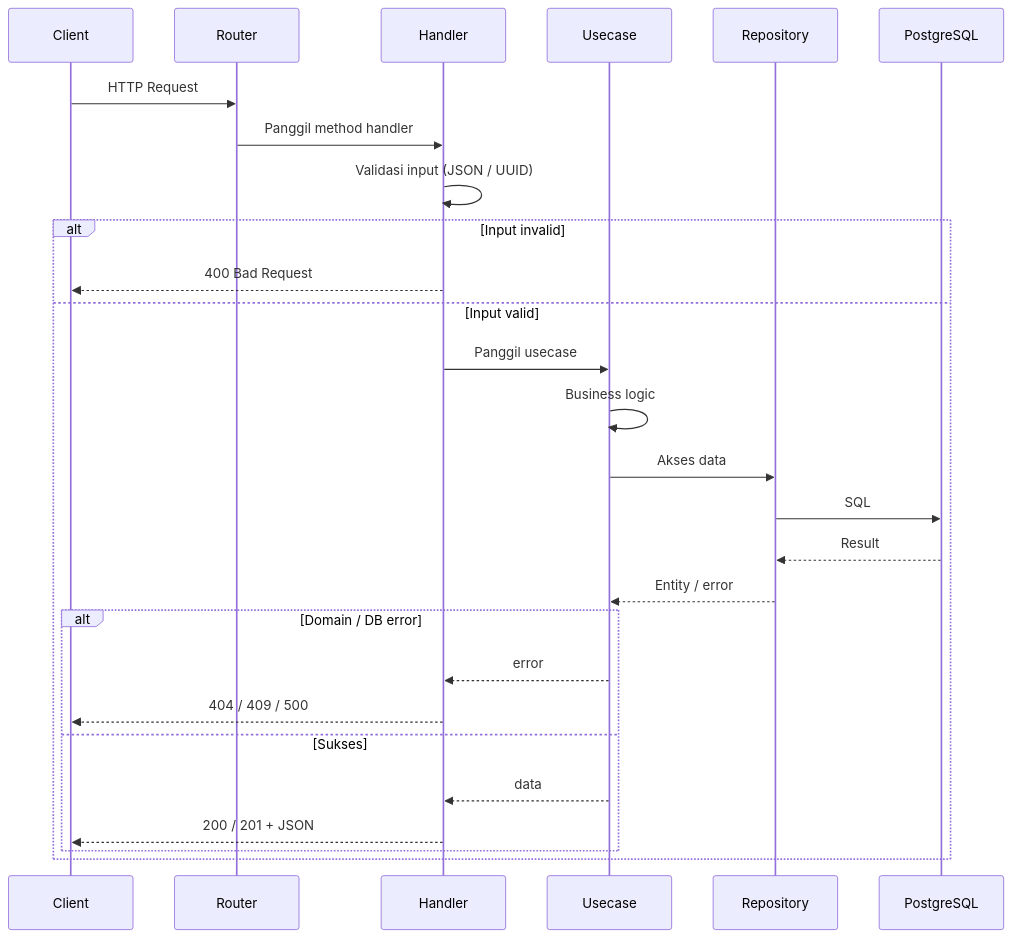
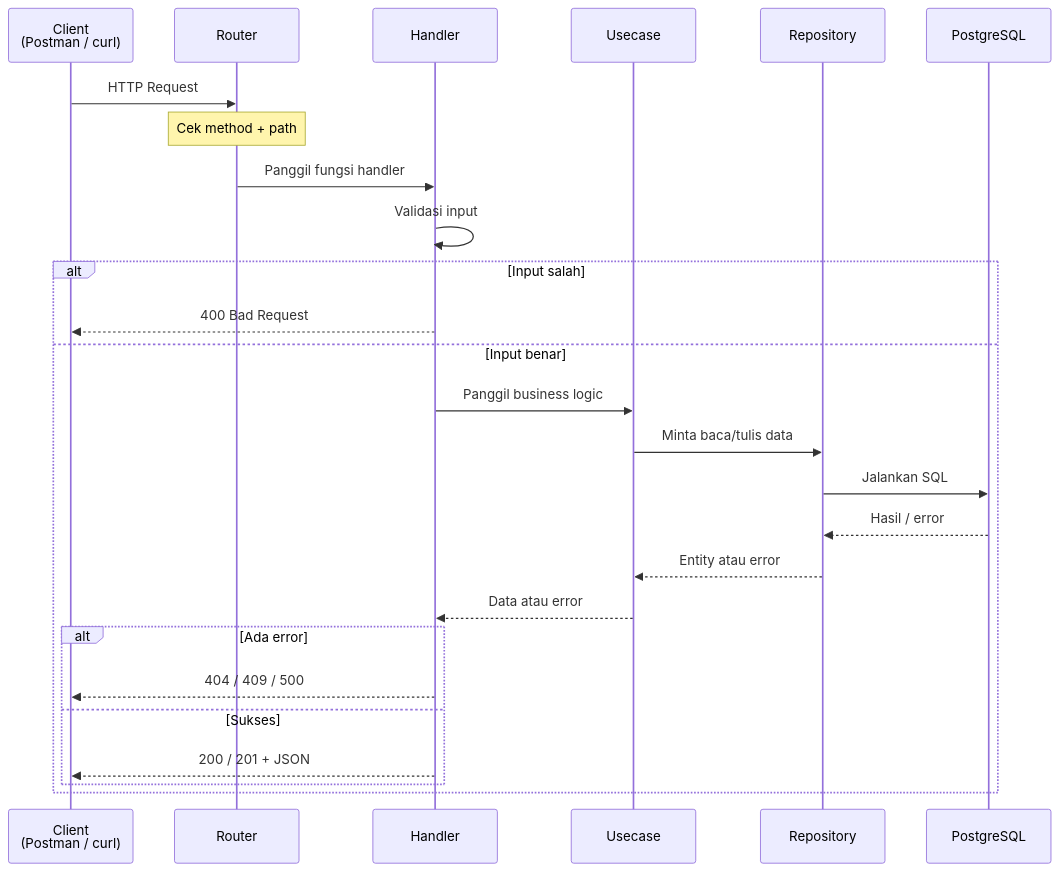
Before and after one commit to chairoel/BE-ToDoList: the second of 7 diagrams in docs/PROCESS.md, drawn with Mermaid. The commit also changed other lines of this file, not shown here.

Commit message:
[DOCS] rewrite process flow docs for beginners

````diff
--- a/docs/PROCESS.md
+++ b/docs/PROCESS.md
@@ -70,30 +193,29 @@
 ```mermaid
 sequenceDiagram
-    participant C as Client
+    participant C as Client<br/>(Postman / curl)
     participant R as Router
     participant H as Handler
     participant U as Usecase
     participant Repo as Repository
     participant DB as PostgreSQL
 
     C->>R: HTTP Request
-    R->>H: Panggil method handler
-    H->>H: Validasi input (JSON / UUID)
-    alt Input invalid
+    Note over R: Cek method + path
+    R->>H: Panggil fungsi handler
+    H->>H: Validasi input
+    alt Input salah
         H-->>C: 400 Bad Request
-    else Input valid
-        H->>U: Panggil usecase
-        U->>U: Business logic
-        U->>Repo: Akses data
-        Repo->>DB: SQL
-        DB-->>Repo: Result
-        Repo-->>U: Entity / error
-        alt Domain / DB error
-            U-->>H: error
+    else Input benar
+        H->>U: Panggil business logic
+        U->>Repo: Minta baca/tulis data
+        Repo->>DB: Jalankan SQL
+        DB-->>Repo: Hasil / error
+        Repo-->>U: Entity atau error
+        U-->>H: Data atau error
+        alt Ada error
             H-->>C: 404 / 409 / 500
         else Sukses
-            U-->>H: data
             H-->>C: 200 / 201 + JSON
         end
     end
 ```
````
